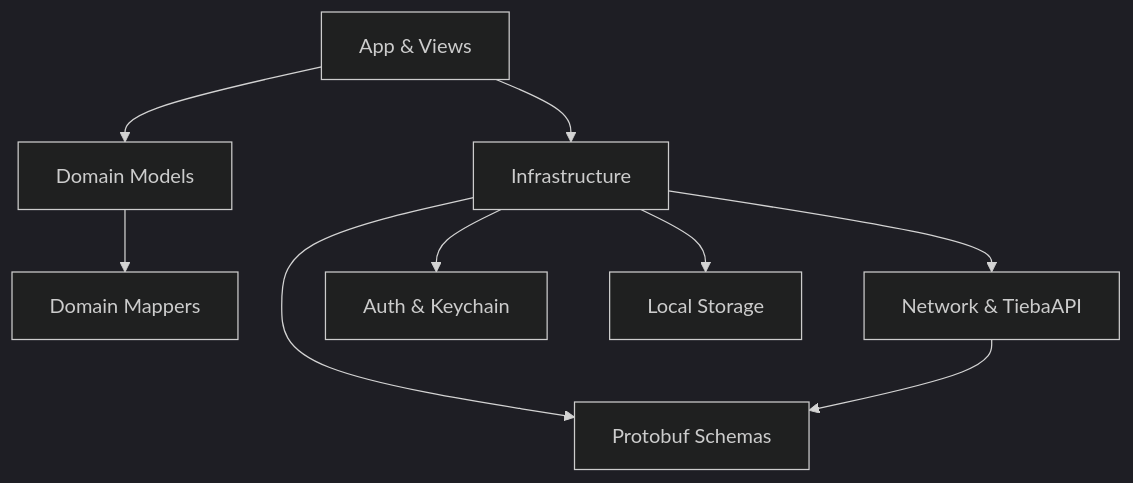
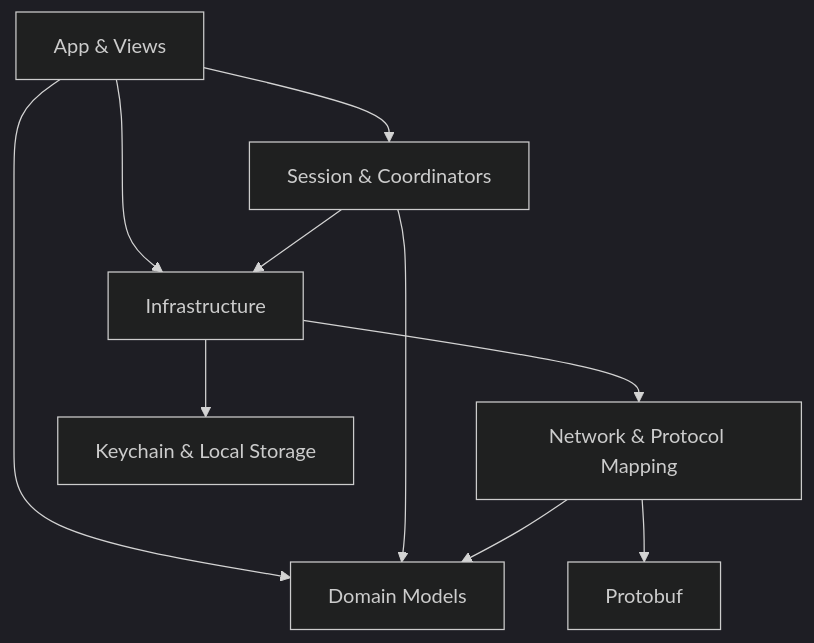
Before and after one commit to yamakze/TiebaPure-Mac: the diagram in README.md, drawn with Mermaid (dark theme). The commit also changed other lines of this file and 50 other files, not shown here.

````diff
--- a/README.md
+++ b/README.md
@@ -130,11 +131,12 @@
 ```mermaid
 graph TD
-    App[App & Views] --> Domain[Domain Models]
+    App[App & Views] --> Application[Session & Coordinators]
+    App --> Domain[Domain Models]
     App --> Infra[Infrastructure]
-    Domain --> Mappers[Domain Mappers]
-    Infra --> Network[Network & TiebaAPI]
-    Infra --> Auth[Auth & Keychain]
-    Infra --> Persistence[Local Storage]
-    Infra --> Protobuf[Protobuf Schemas]
-    Network --> Protobuf
+    Application --> Domain
+    Application --> Infra
+    Infra --> Network[Network & Protocol Mapping]
+    Infra --> Persistence[Keychain & Local Storage]
+    Network --> Domain
+    Network --> Protobuf[Protobuf]
 ```
````
